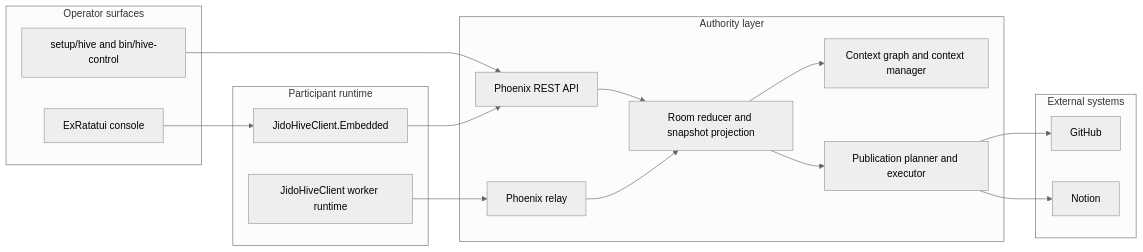
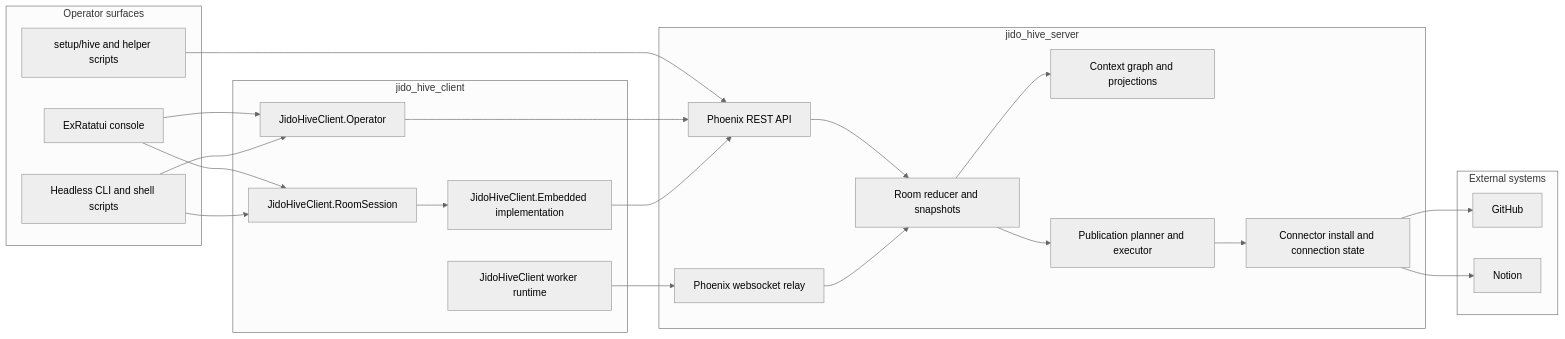
One commit to nshkrdotcom/jido_hive changed the diagram in README.md. Above: the diagram before and after it, drawn with Mermaid (neutral theme). The commit also changed other lines of this file and 33 other files, not shown here.

First line of the commit message:
Refactor console onto headless client operator APIs

````diff
--- a/README.md
+++ b/README.md
@@ -76,36 +96,46 @@
 ```mermaid
 flowchart LR
-    subgraph OperatorSurface[Operator surfaces]
+    subgraph Operator[Operator surfaces]
       TUI[ExRatatui console]
-      CLI[setup/hive and bin/hive-control]
+      Headless[Headless CLI and shell scripts]
+      Control[setup/hive and helper scripts]
     end
 
-    subgraph ClientPlane[Participant runtime]
-      Embedded[JidoHiveClient.Embedded]
+    subgraph Client[jido_hive_client]
+      OperatorAPI[JidoHiveClient.Operator]
+      Session[JidoHiveClient.RoomSession]
       Worker[JidoHiveClient worker runtime]
+      Embedded[JidoHiveClient.Embedded implementation]
     end
 
-    subgraph ServerPlane[Authority layer]
+    subgraph Server[jido_hive_server]
       API[Phoenix REST API]
-      Relay[Phoenix relay]
-      Rooms[Room reducer and snapshot projection]
-      Context[Context graph and context manager]
+      Relay[Phoenix websocket relay]
+      Rooms[Room reducer and snapshots]
+      Context[Context graph and projections]
       Publish[Publication planner and executor]
+      Connectors[Connector install and connection state]
     end
 
     subgraph External[External systems]
       GitHub[GitHub]
       Notion[Notion]
     end
 
-    TUI --> Embedded
-    CLI --> API
+    TUI --> OperatorAPI
+    TUI --> Session
+    Headless --> OperatorAPI
+    Headless --> Session
+    Control --> API
+    Worker --> Relay
+    Session --> Embedded
+    OperatorAPI --> API
     Embedded --> API
-    Worker --> Relay
     API --> Rooms
     Relay --> Rooms
     Rooms --> Context
     Rooms --> Publish
-    Publish --> GitHub
-    Publish --> Notion
+    Publish --> Connectors
+    Connectors --> GitHub
+    Connectors --> Notion
 ```
````
